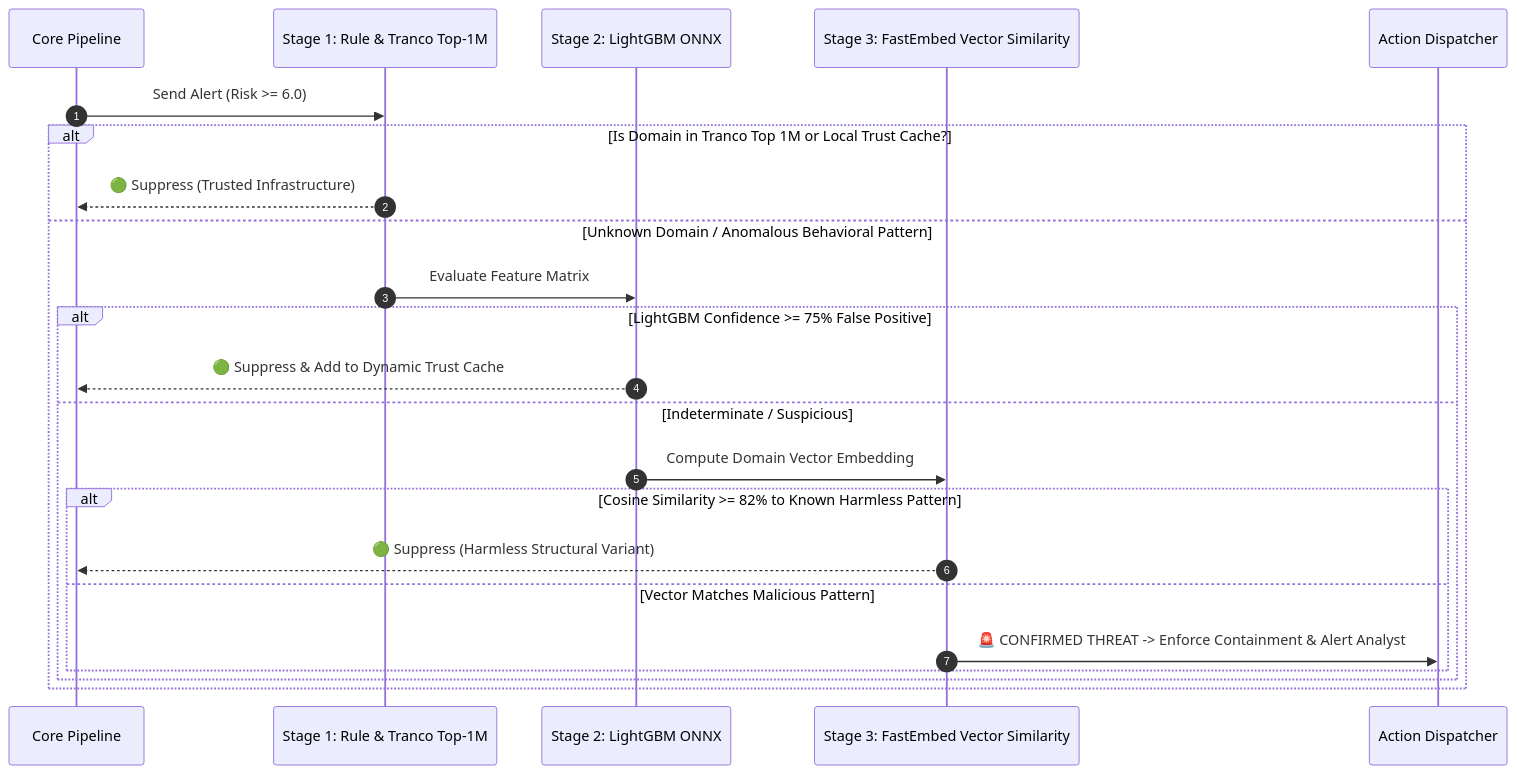
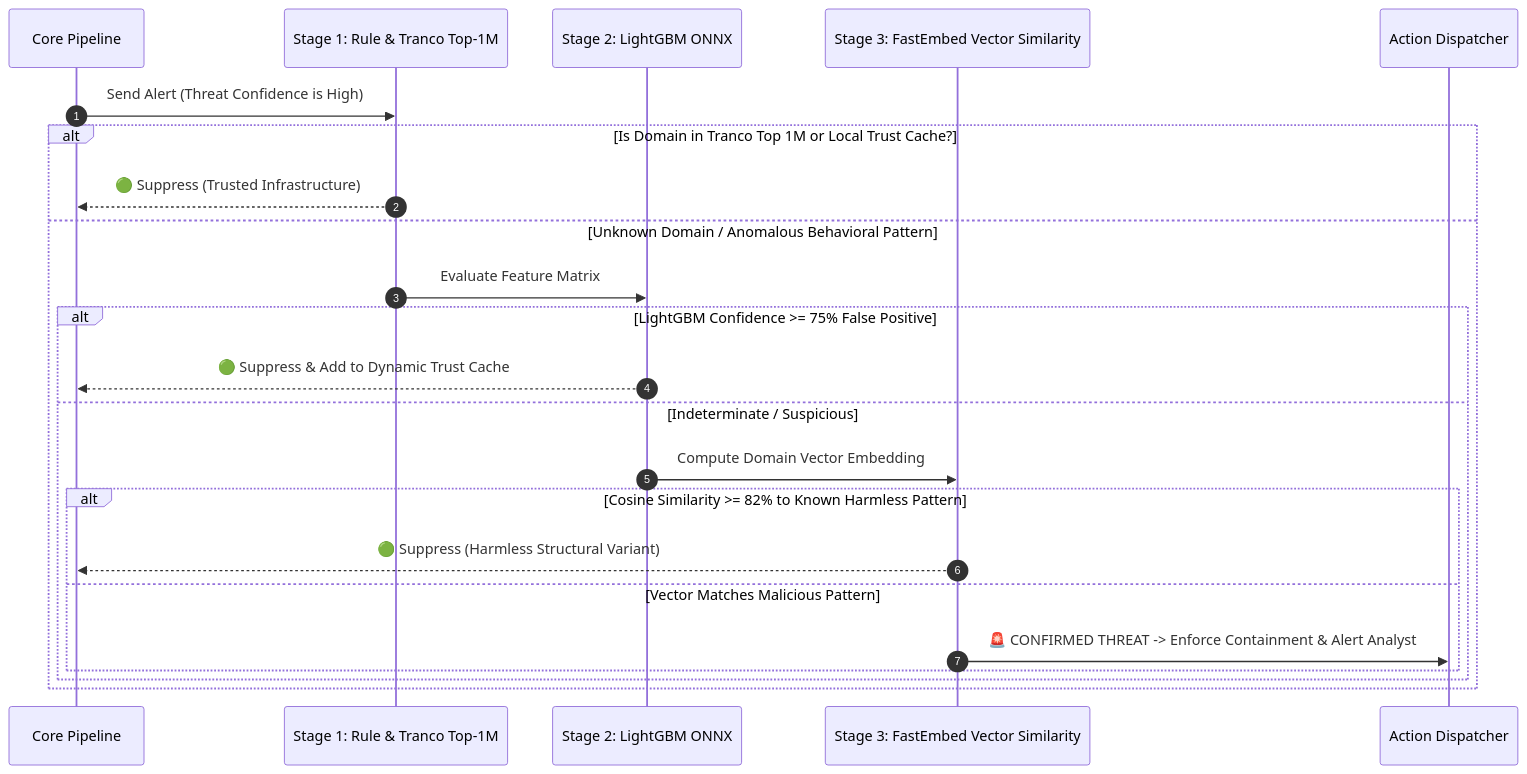
One commit to gsaket-sky/home-ids changed the second of 8 diagrams in USER_MANUAL.md. Above: the diagram before and after it, drawn with Mermaid. The commit also changed other lines of this file and 1 other file, not shown here.

Commit message:
docs: Deep rewrite of README and User Manual for V5 Architecture (HEE & Ollama)

````diff
--- a/USER_MANUAL.md
+++ b/USER_MANUAL.md
@@ -120,26 +122,26 @@
 ```mermaid
 sequenceDiagram
     autonumber
     participant Pipeline as Core Pipeline
     participant S1 as Stage 1: Rule & Tranco Top-1M
     participant S2 as Stage 2: LightGBM ONNX
     participant S3 as Stage 3: FastEmbed Vector Similarity
     participant Action as Action Dispatcher
 
-    Pipeline->>S1: Send Alert (Risk >= 6.0)
+    Pipeline->>S1: Send Alert (Threat Confidence is High)
     alt Is Domain in Tranco Top 1M or Local Trust Cache?
         S1-->>Pipeline: 🟢 Suppress (Trusted Infrastructure)
     else Unknown Domain / Anomalous Behavioral Pattern
         S1->>S2: Evaluate Feature Matrix
         alt LightGBM Confidence >= 75% False Positive
             S2-->>Pipeline: 🟢 Suppress & Add to Dynamic Trust Cache
         else Indeterminate / Suspicious
             S2->>S3: Compute Domain Vector Embedding
             alt Cosine Similarity >= 82% to Known Harmless Pattern
                 S3-->>Pipeline: 🟢 Suppress (Harmless Structural Variant)
             else Vector Matches Malicious Pattern
                 S3->>Action: 🚨 CONFIRMED THREAT -> Enforce Containment & Alert Analyst
             end
         end
     end
 ```
````
